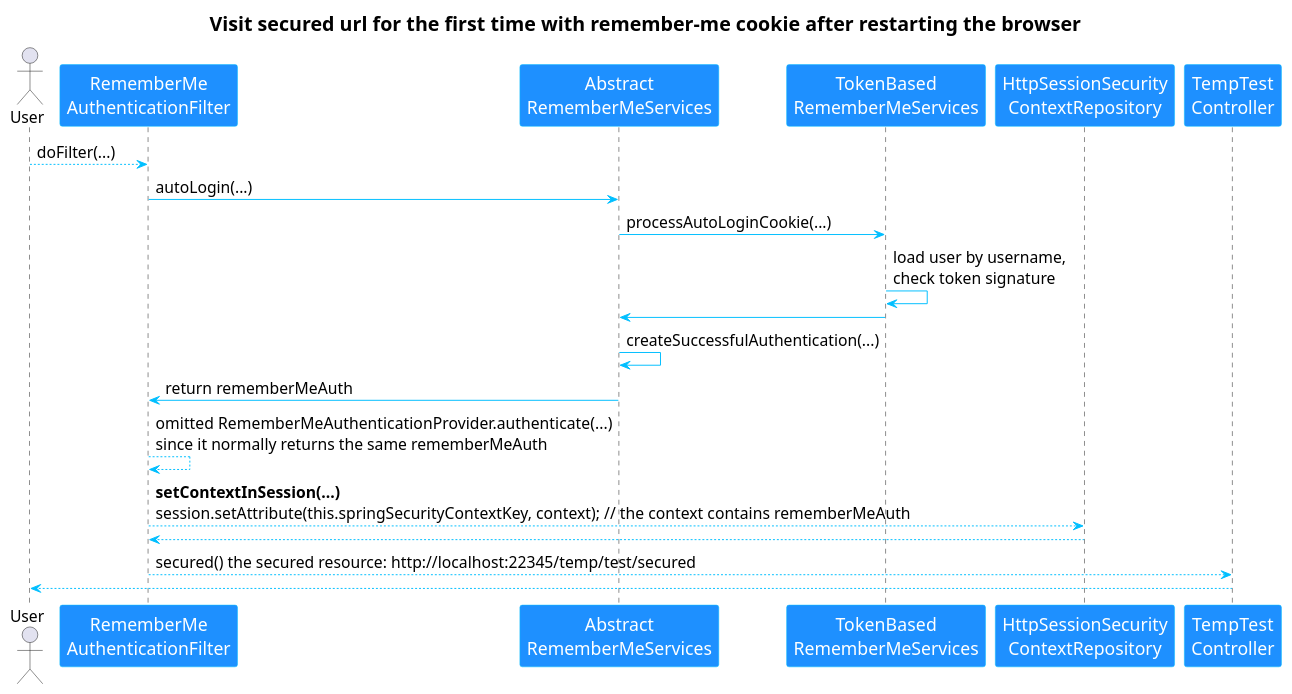
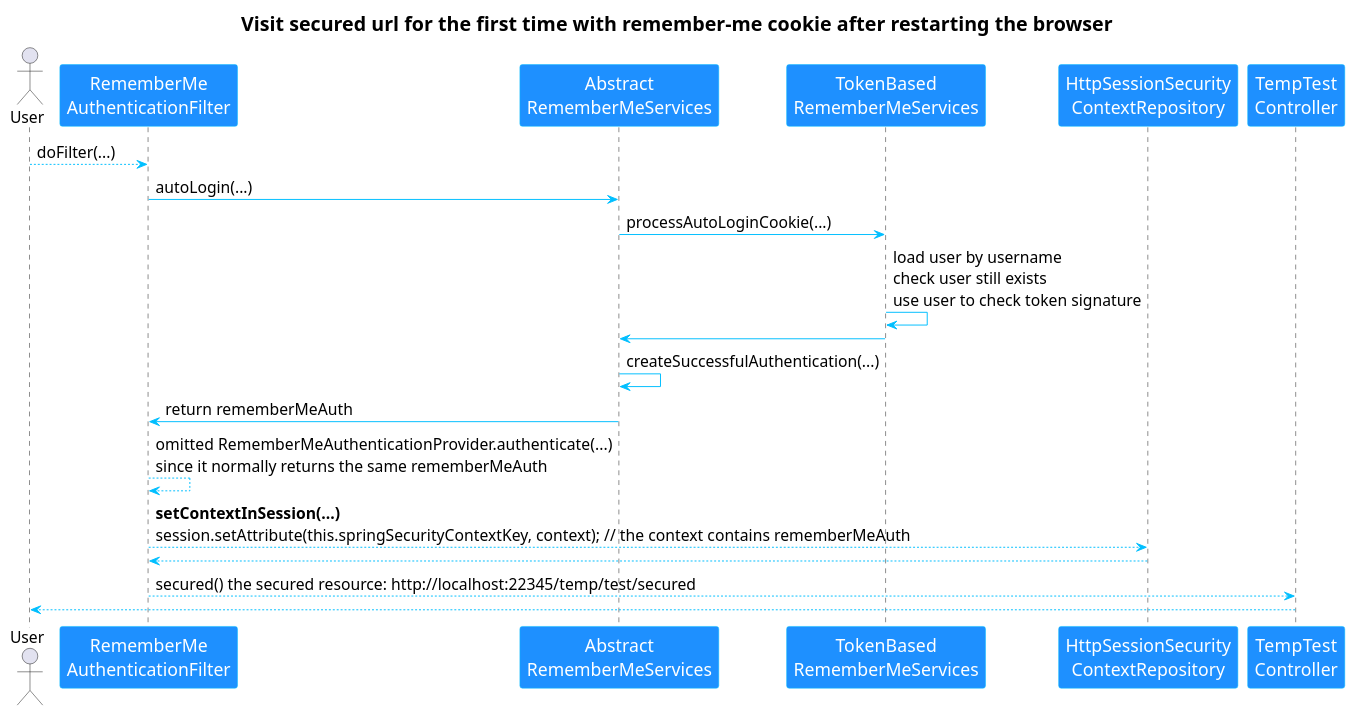
Before and after one commit to Camio1945/huava: the diagram in docs/v0.0.4/02.visit_secured_url_1st_time_with_remember_me_cookie_after_restarting_browser.puml, drawn with PlantUML. The commit also changed 35 other files, not shown here.

```diff
--- a/docs/v0.0.4/02.visit_secured_url_1st_time_with_remember_me_cookie_after_restarting_browser.puml
+++ b/docs/v0.0.4/02.visit_secured_url_1st_time_with_remember_me_cookie_after_restarting_browser.puml
@@ -1,28 +1,28 @@
 @startuml
 ' The following is the global default style (do not use Fira Code font, otherwise the Chinese will not be displayed)
 skinparam DefaultFontName Microsoft YaHei
 skinparam DefaultFontSize 16
 skinparam ArrowColor DeepSkyBlue
 ' The following is the style of the actor (class)
 skinparam TitleFontSize 20
 skinparam ParticipantFontColor White
 skinparam ParticipantBorderColor DeepSkyBlue
 skinparam ParticipantBackgroundColor DodgerBlue
 skinparam ParticipantFontSize 18
 ' Here is the flowchart code
 title Visit secured url for the first time with remember-me cookie after restarting the browser
 actor User
 User --> "RememberMe\nAuthenticationFilter": doFilter(...)
 "RememberMe\nAuthenticationFilter" -> "Abstract\nRememberMeServices": autoLogin(...)
 "Abstract\nRememberMeServices" -> "TokenBased\nRememberMeServices": processAutoLoginCookie(...)
-"TokenBased\nRememberMeServices" -> "TokenBased\nRememberMeServices": load user by username, \ncheck token signature
+"TokenBased\nRememberMeServices" -> "TokenBased\nRememberMeServices": load user by username\ncheck user still exists \nuse user to check token signature
 "Abstract\nRememberMeServices" <- "TokenBased\nRememberMeServices":
 "Abstract\nRememberMeServices" -> "Abstract\nRememberMeServices": createSuccessfulAuthentication(...)
 "RememberMe\nAuthenticationFilter" <- "Abstract\nRememberMeServices": return rememberMeAuth
 "RememberMe\nAuthenticationFilter" --> "RememberMe\nAuthenticationFilter": omitted RememberMeAuthenticationProvider.authenticate(...)\nsince it normally returns the same rememberMeAuth
 "RememberMe\nAuthenticationFilter" --> "HttpSessionSecurity\nContextRepository":**setContextInSession(...)** \nsession.setAttribute(this.springSecurityContextKey, context); // the context contains rememberMeAuth
 "RememberMe\nAuthenticationFilter" <-- "HttpSessionSecurity\nContextRepository"
 "RememberMe\nAuthenticationFilter" --> "TempTest\nController":secured() the secured resource: http://localhost:22345/temp/test/secured
 
 User <-- "TempTest\nController"
 @enduml
```
